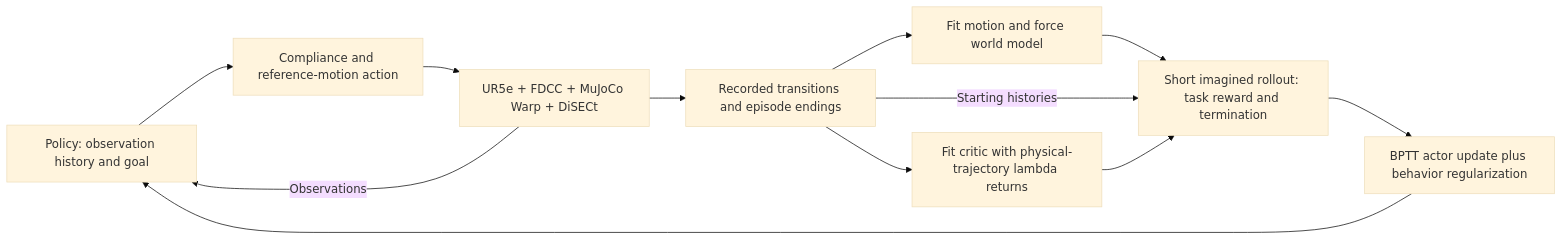
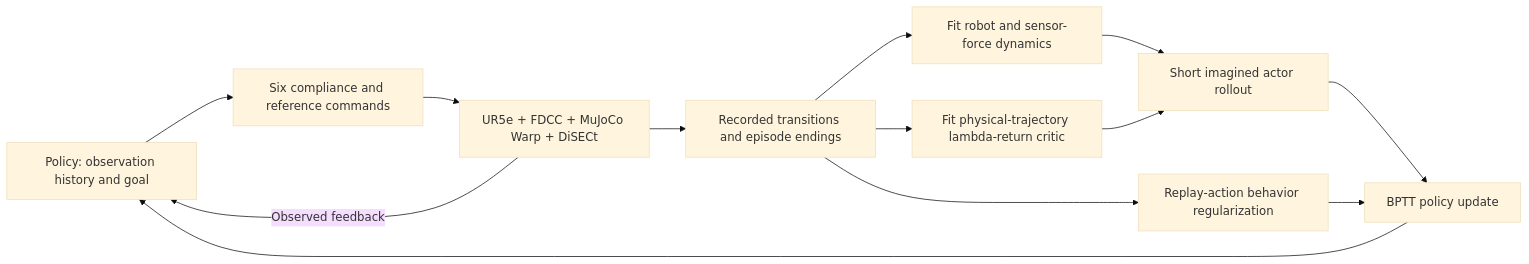
Before and after one commit to Ju6276/Cutting_DEV: the diagram in docs/PAPER.md, drawn with Mermaid (base theme). The commit also changed other lines of this file and 4 other files, not shown here.

````diff
--- a/docs/PAPER.md
+++ b/docs/PAPER.md
@@ -46,14 +58,15 @@
 ```mermaid
 flowchart LR
-    P[Policy: observation history and goal] --> A[Compliance and reference-motion action]
+    P[Policy: observation history and goal] --> A[Six compliance and reference commands]
     A --> E[UR5e + FDCC + MuJoCo Warp + DiSECt]
-    E -->|Observations| P
+    E -->|Observed feedback| P
     E --> D[Recorded transitions and episode endings]
-    D --> W[Fit motion and force world model]
-    D --> V[Fit critic with physical-trajectory lambda returns]
-    W --> I[Short imagined rollout: task reward and termination]
-    D -->|Starting histories| I
+    D --> W[Fit robot and sensor-force dynamics]
+    D --> V[Fit physical-trajectory lambda-return critic]
+    D --> B[Replay-action behavior regularization]
+    W --> I[Short imagined actor rollout]
     V --> I
-    I --> B[BPTT actor update plus behavior regularization]
-    B --> P
+    I --> U[BPTT policy update]
+    B --> U
+    U --> P
 ```
````
